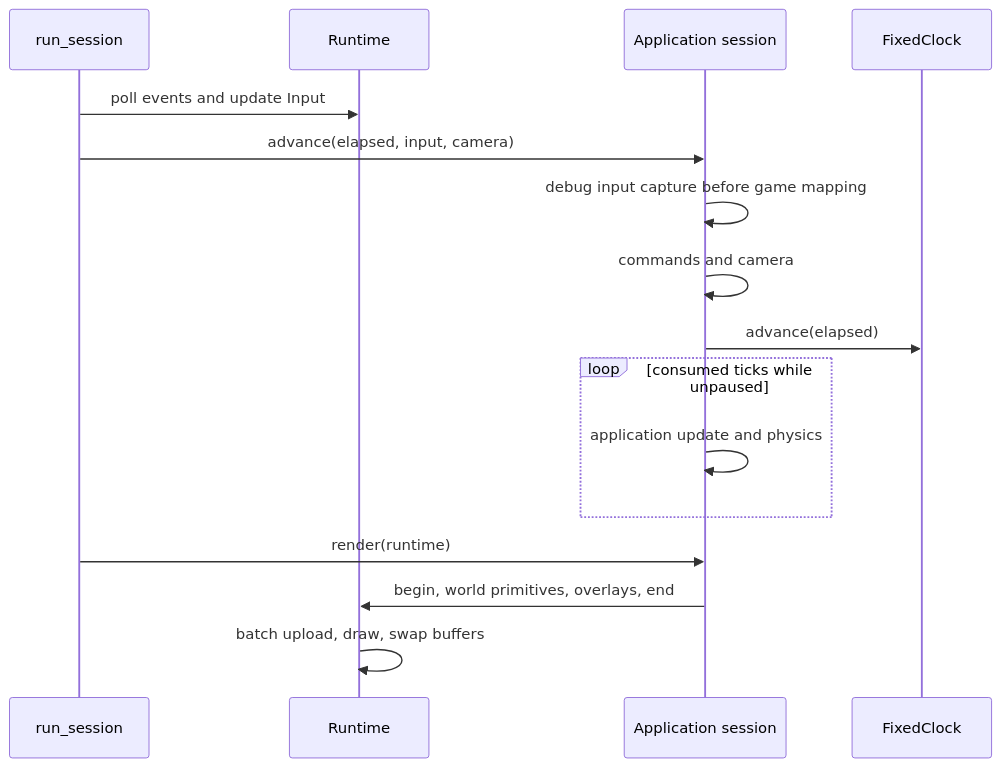
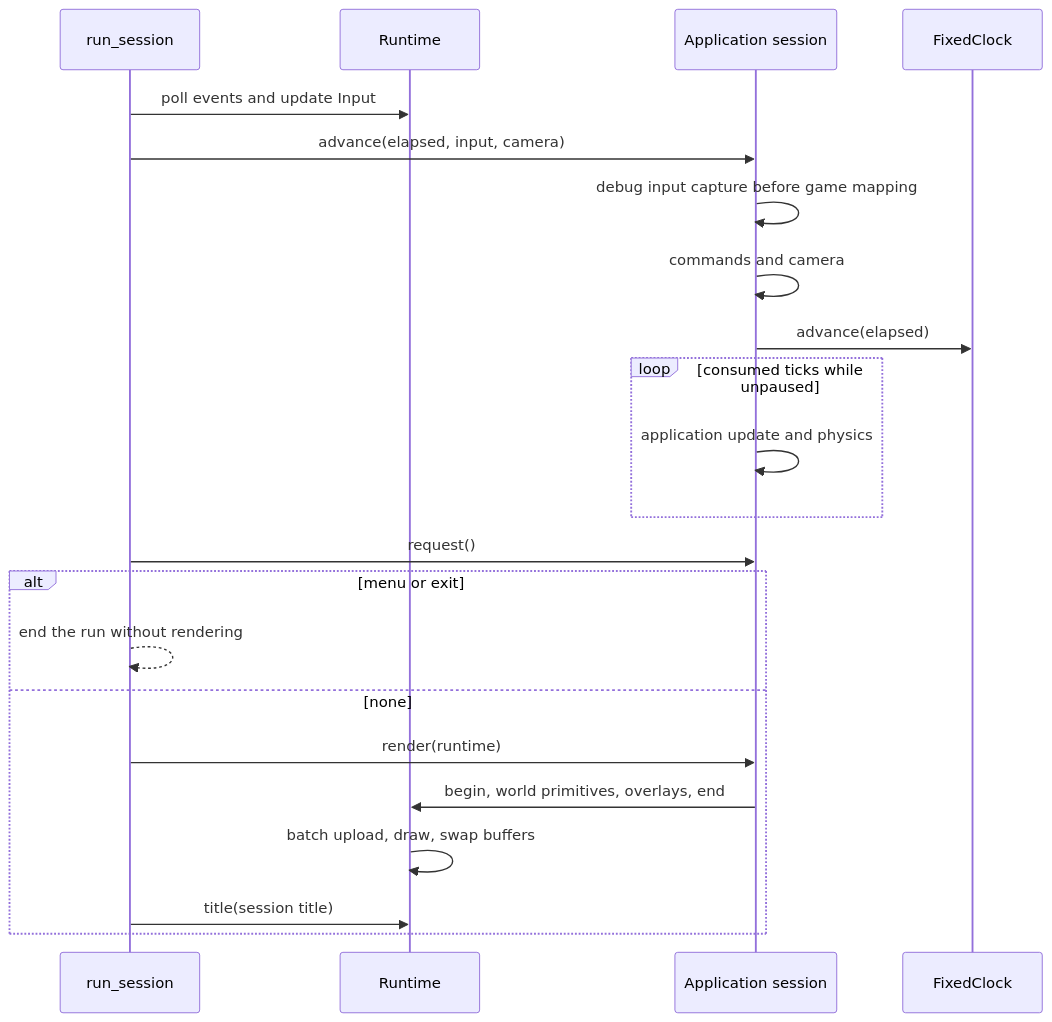
Before and after one commit to SMB-M87/Kinetra: the fourth of 4 diagrams in docs/architecture.md, drawn with Mermaid. The commit also changed other lines of this file and 5 other files, not shown here.

````diff
--- a/docs/architecture.md
+++ b/docs/architecture.md
@@ -63,18 +64,24 @@
 ```mermaid
 sequenceDiagram
     participant Main as run_session
     participant R as Runtime
     participant S as Application session
     participant C as FixedClock
     Main->>R: poll events and update Input
     Main->>S: advance(elapsed, input, camera)
     S->>S: debug input capture before game mapping
     S->>S: commands and camera
     S->>C: advance(elapsed)
     loop consumed ticks while unpaused
         S->>S: application update and physics
     end
-    Main->>S: render(runtime)
-    S->>R: begin, world primitives, overlays, end
-    R->>R: batch upload, draw, swap buffers
+    Main->>S: request()
+    alt menu or exit
+        Main-->>Main: end the run without rendering
+    else none
+        Main->>S: render(runtime)
+        S->>R: begin, world primitives, overlays, end
+        R->>R: batch upload, draw, swap buffers
+        Main->>R: title(session title)
+    end
 ```
````
